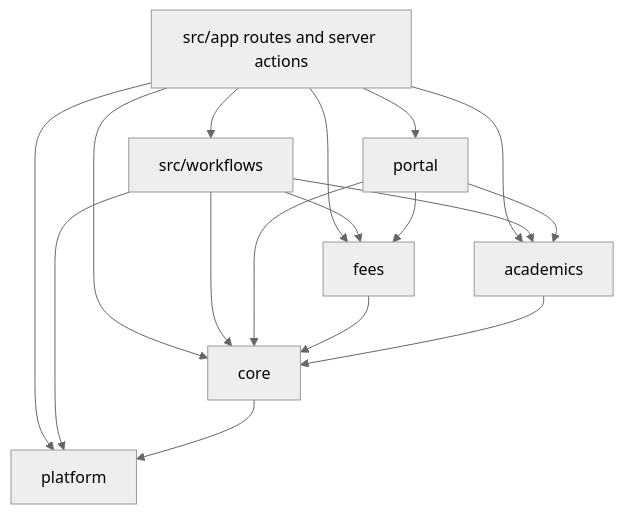
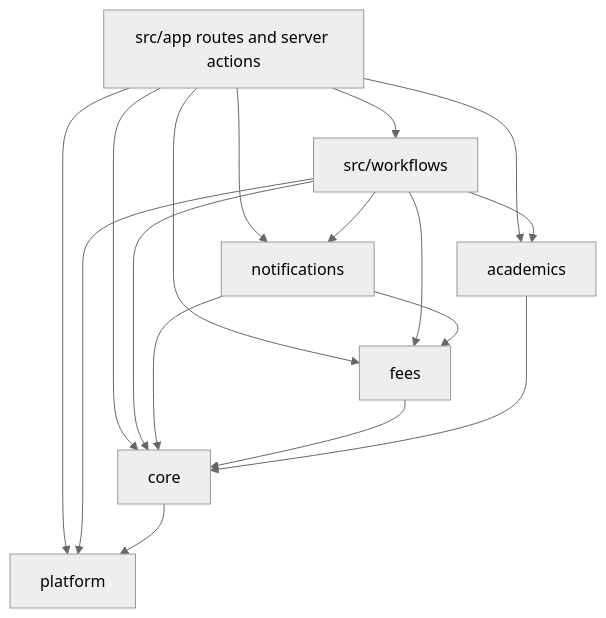
Before and after one commit to yannx8/E-skool: the first of 3 diagrams in _bmad-output/initiative-eskool-erp/architecture-eskool-erp/architecture-eskool-erp.md, drawn with Mermaid (neutral theme). The commit also changed other lines of this file and 15 other files, not shown here.

````diff
--- a/_bmad-output/initiative-eskool-erp/architecture-eskool-erp/architecture-eskool-erp.md
+++ b/_bmad-output/initiative-eskool-erp/architecture-eskool-erp/architecture-eskool-erp.md
@@ -30,19 +30,19 @@
 ```mermaid
 graph TD
   app[src/app routes and server actions] --> workflows[src/workflows]
-  app --> portal
+  app --> notifications
   app --> fees
   app --> academics
   app --> core
   app --> platform
+  workflows --> notifications
   workflows --> fees
   workflows --> academics
   workflows --> core
   workflows --> platform
-  portal --> fees
-  portal --> academics
-  portal --> core
+  notifications --> fees
+  notifications --> core
   fees --> core
   academics --> core
   core --> platform
 ```
````
